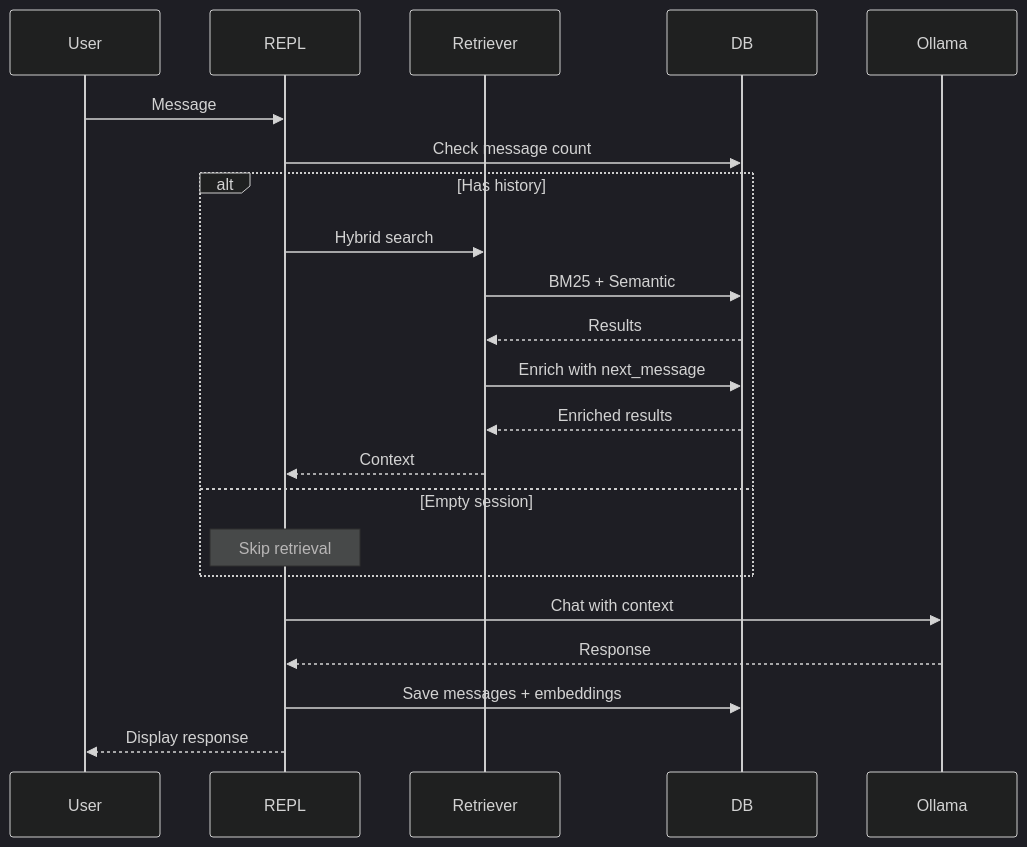
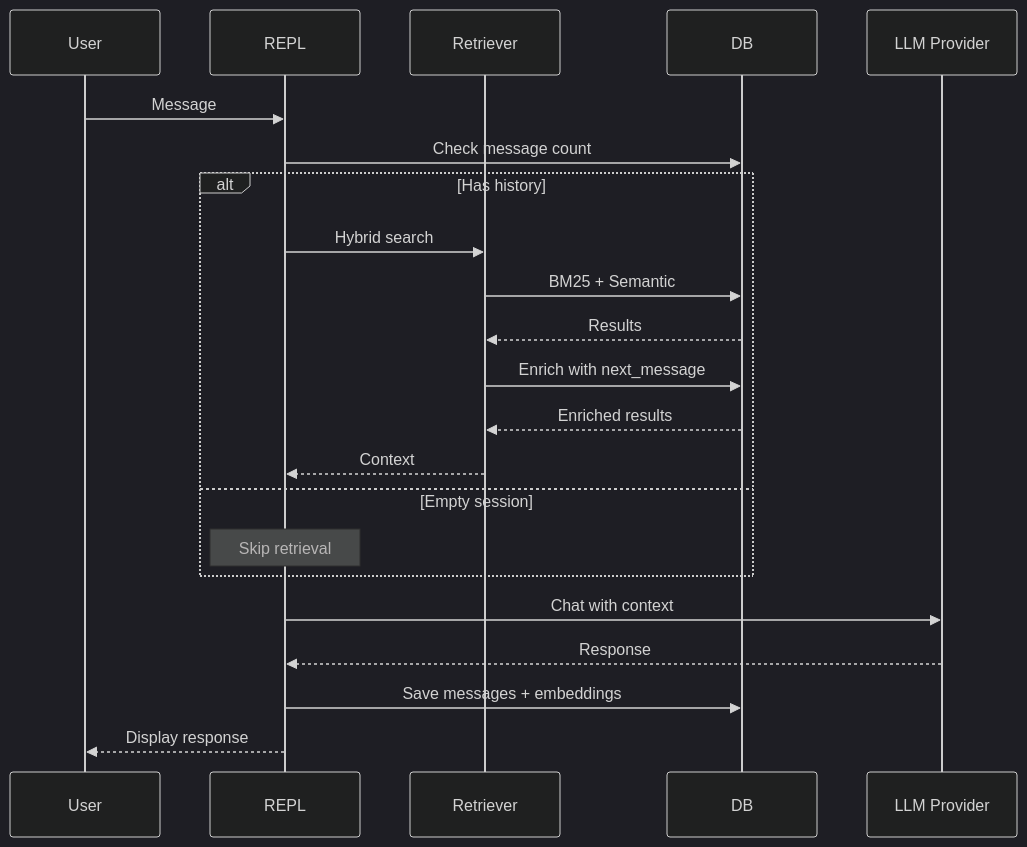
Before and after one commit to luksamuk/sprachspiel: the eighth of 8 diagrams in doc/src/development/architecture.md, drawn with Mermaid (dark theme). The commit also changed other lines of this file and 6 other files, not shown here.

````diff
--- a/doc/src/development/architecture.md
+++ b/doc/src/development/architecture.md
@@ -684,27 +684,27 @@
 ```mermaid
 sequenceDiagram
     participant User
     participant REPL
     participant Retriever
     participant DB
-    participant Ollama
+    participant LLM Provider
     
     User->>REPL: Message
     REPL->>DB: Check message count
     
     alt Has history
         REPL->>Retriever: Hybrid search
         Retriever->>DB: BM25 + Semantic
         DB-->>Retriever: Results
         Retriever->>DB: Enrich with next_message
         DB-->>Retriever: Enriched results
         Retriever-->>REPL: Context
     else Empty session
         Note over REPL: Skip retrieval
     end
     
-    REPL->>Ollama: Chat with context
-    Ollama-->>REPL: Response
+    REPL->>LLM Provider: Chat with context
+    LLM Provider-->>REPL: Response
     REPL->>DB: Save messages + embeddings
     REPL-->>User: Display response
 ```
````
